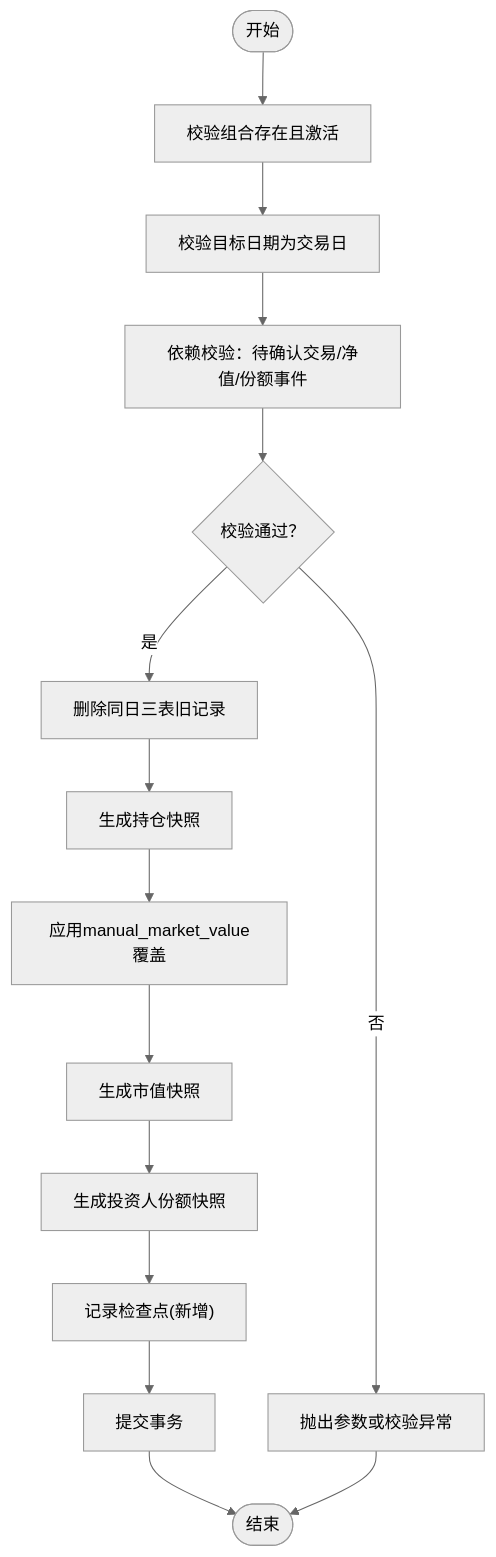
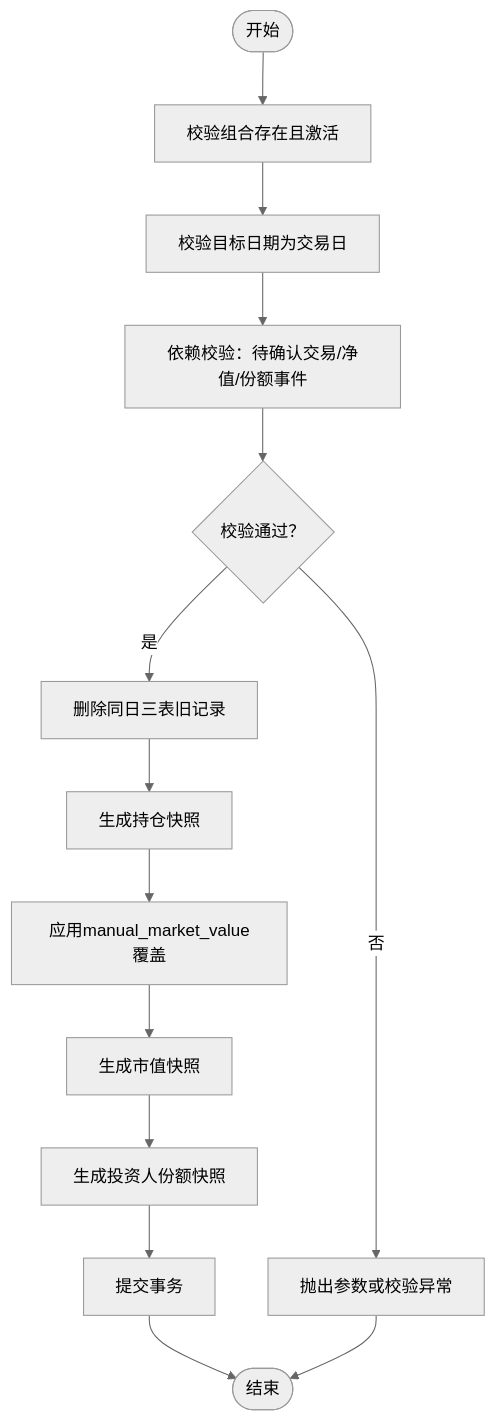
One commit to gujialind/InvestRing changed the third of 6 diagrams in .qoder/repowiki/zh/content/后端API文档/快照系统API.md. Above: the diagram before and after it, drawn with Mermaid (neutral theme). The commit also changed other lines of this file and 65 other files, not shown here.

````diff
--- a/.qoder/repowiki/zh/content/后端API文档/快照系统API.md
+++ b/.qoder/repowiki/zh/content/后端API文档/快照系统API.md
@@ -205,17 +187,16 @@
 ```mermaid
 flowchart TD
 Start(["开始"]) --> V1["校验组合存在且激活"]
 V1 --> V2["校验目标日期为交易日"]
 V2 --> V3["依赖校验：待确认交易/净值/份额事件"]
 V3 --> V3OK{"校验通过？"}
 V3OK -- 否 --> Err["抛出参数或校验异常"]
 V3OK -- 是 --> D1["删除同日三表旧记录"]
 D1 --> P1["生成持仓快照"]
 P1 --> PMV["应用manual_market_value覆盖"]
 PMV --> V2S["生成市值快照"]
 V2S --> H1["生成投资人份额快照"]
-H1 --> Checkpoint["记录检查点(新增)"]
-Checkpoint --> Commit["提交事务"]
+H1 --> Commit["提交事务"]
 Commit --> Done(["结束"])
 Err --> Done
 ```
````
